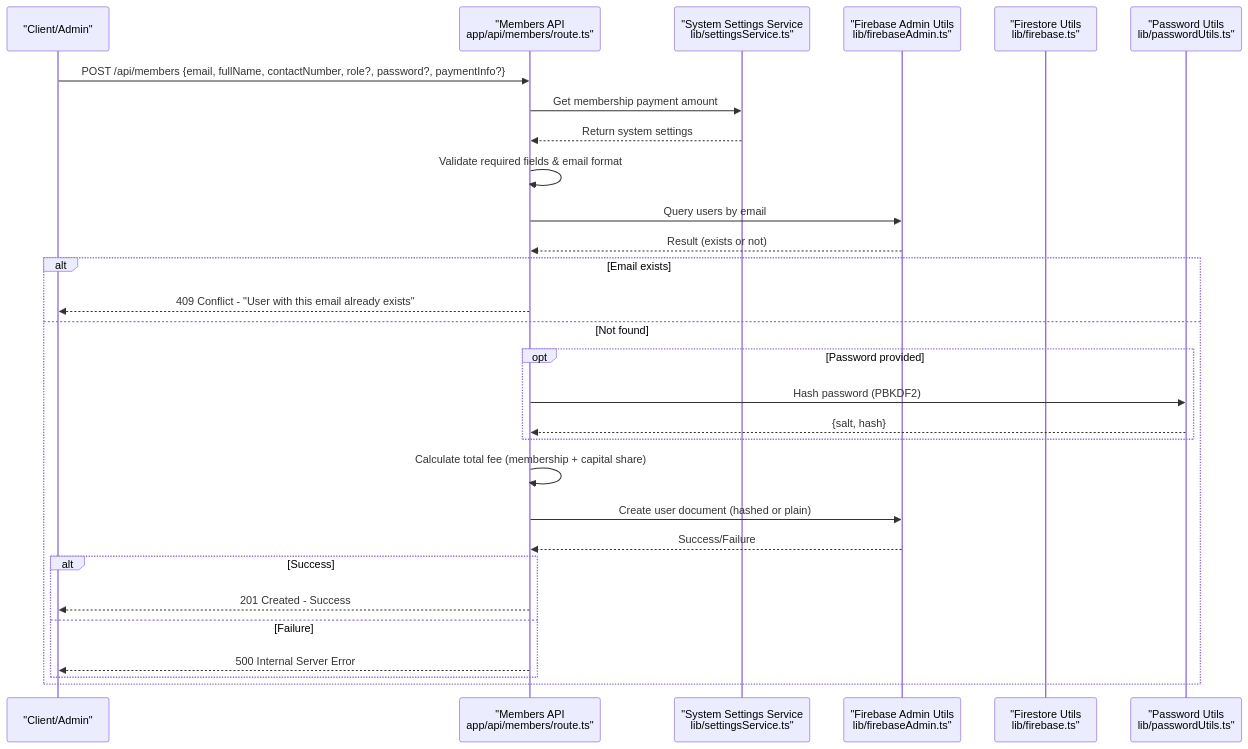
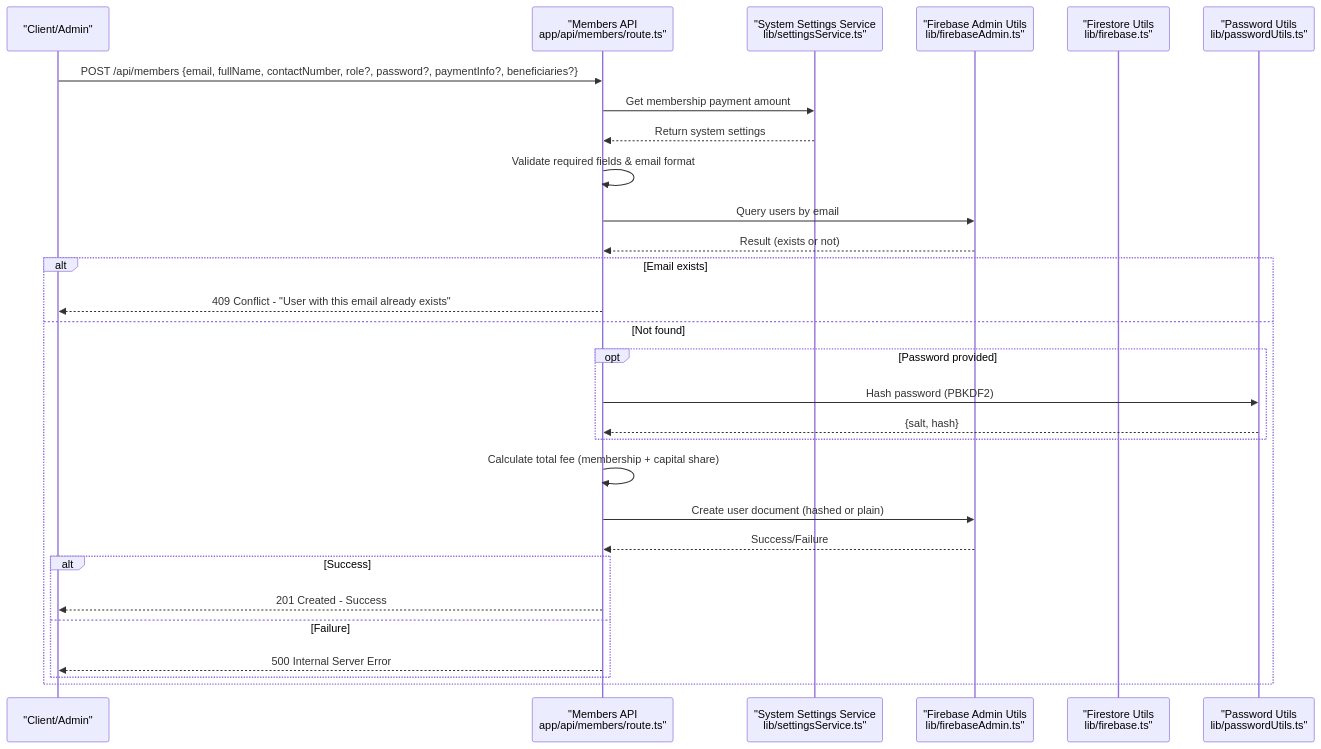
The fifth of 6 diagrams in .qoder/repowiki/en/content/Member Management System/Member Registration Workflow.md (Unsure-bry/sampacoop_system), drawn with Mermaid before and after one commit. The commit also changed other lines of this file and 5 other files, not shown here.

````diff
--- a/.qoder/repowiki/en/content/Member Management System/Member Registration Workflow.md
+++ b/.qoder/repowiki/en/content/Member Management System/Member Registration Workflow.md
@@ -375,31 +413,31 @@
 ```mermaid
 sequenceDiagram
 participant Client as "Client/Admin"
 participant API as "Members API<br/>app/api/members/route.ts"
 participant Settings as "System Settings Service<br/>lib/settingsService.ts"
 participant FA as "Firebase Admin Utils<br/>lib/firebaseAdmin.ts"
 participant FS as "Firestore Utils<br/>lib/firebase.ts"
 participant PW as "Password Utils<br/>lib/passwordUtils.ts"
-Client->>API : POST /api/members {email, fullName, contactNumber, role?, password?, paymentInfo?}
+Client->>API : POST /api/members {email, fullName, contactNumber, role?, password?, paymentInfo?, beneficiaries?}
 API->>Settings : Get membership payment amount
 Settings-->>API : Return system settings
 API->>API : Validate required fields & email format
 API->>FA : Query users by email
 FA-->>API : Result (exists or not)
 alt Email exists
 API-->>Client : 409 Conflict - "User with this email already exists"
 else Not found
 opt Password provided
 API->>PW : Hash password (PBKDF2)
 PW-->>API : {salt, hash}
 end
 API->>API : Calculate total fee (membership + capital share)
 API->>FA : Create user document (hashed or plain)
 FA-->>API : Success/Failure
 alt Success
 API-->>Client : 201 Created - Success
 else Failure
 API-->>Client : 500 Internal Server Error
 end
 end
 ```
````
